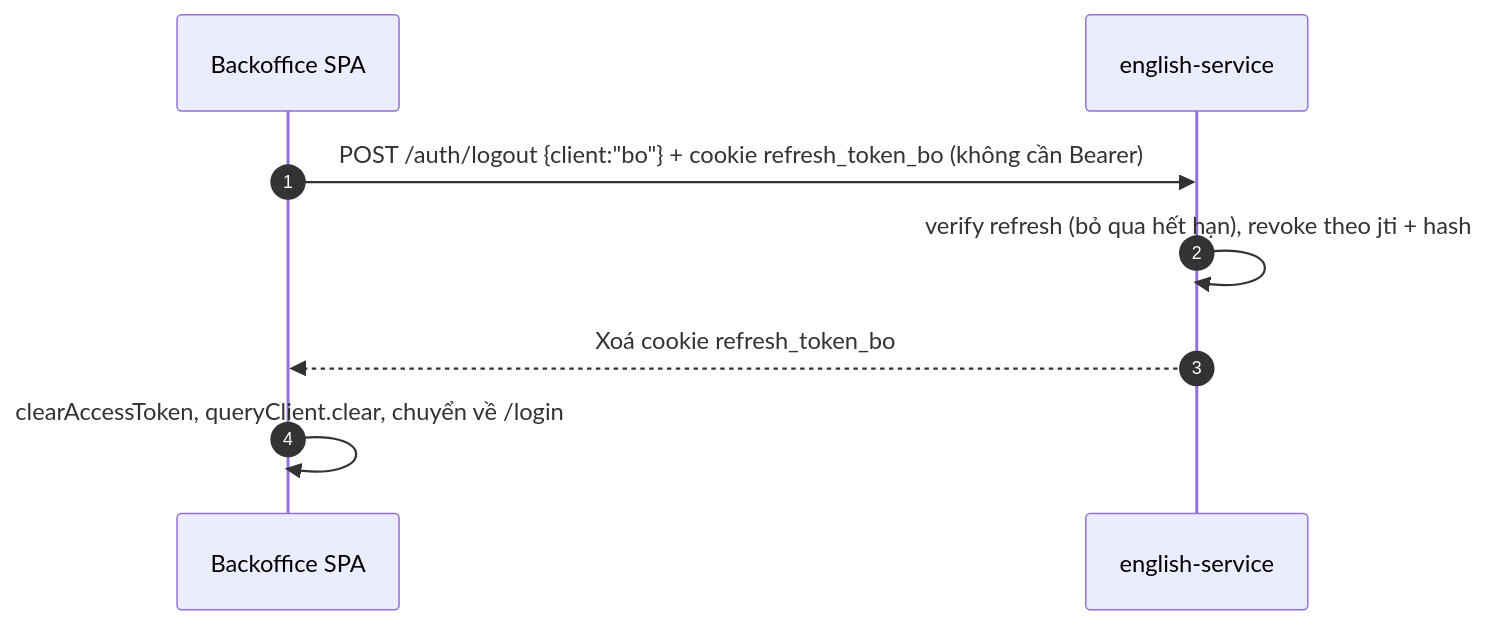
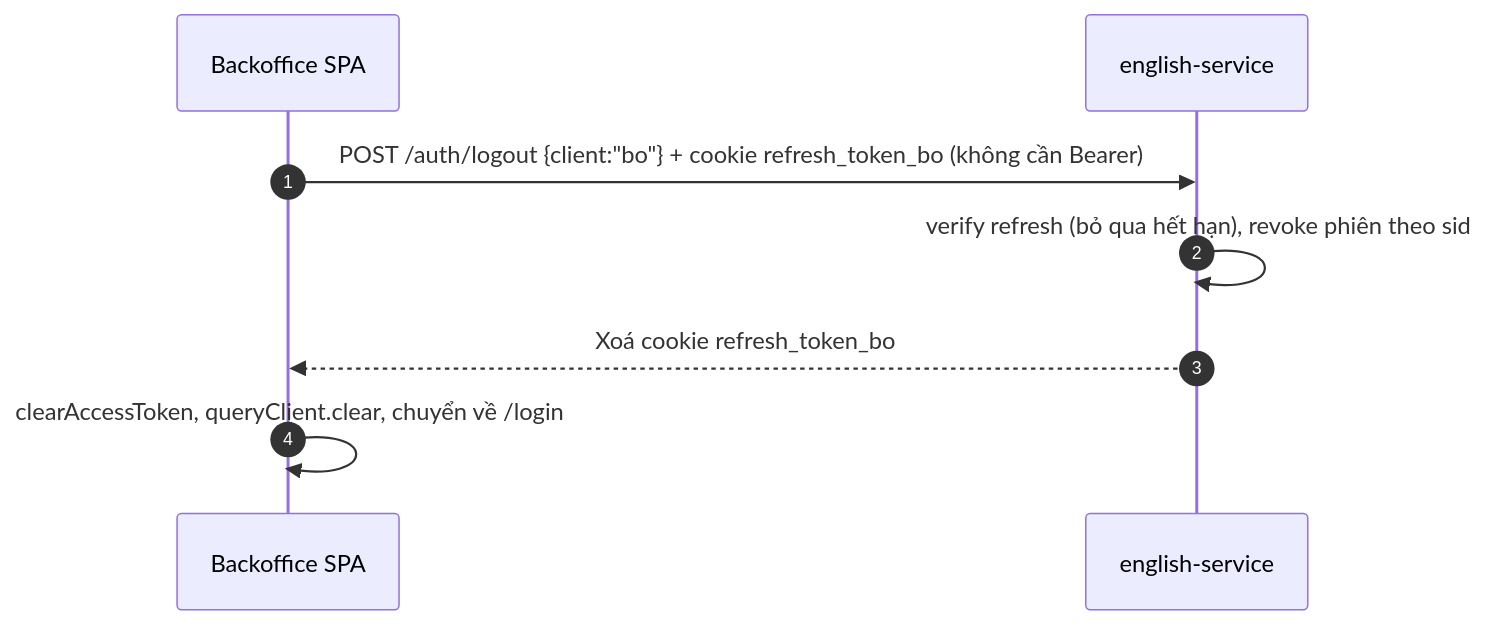
One commit to TriThuc2321/english-service changed the fourth of 8 diagrams in docs/auth-flow.md. Above: the diagram before and after it, drawn with Mermaid. The commit also changed other lines of this file and 7 other files, not shown here.

````diff
--- a/docs/auth-flow.md
+++ b/docs/auth-flow.md
@@ -104,11 +104,11 @@
 ```mermaid
 sequenceDiagram
   autonumber
   participant BO as Backoffice SPA
   participant BE as english-service
 
   BO->>BE: POST /auth/logout {client:"bo"} + cookie refresh_token_bo (không cần Bearer)
-  BE->>BE: verify refresh (bỏ qua hết hạn), revoke theo jti + hash
+  BE->>BE: verify refresh (bỏ qua hết hạn), revoke phiên theo sid
   BE-->>BO: Xoá cookie refresh_token_bo
   BO->>BO: clearAccessToken, queryClient.clear, chuyển về /login
 ```
````
